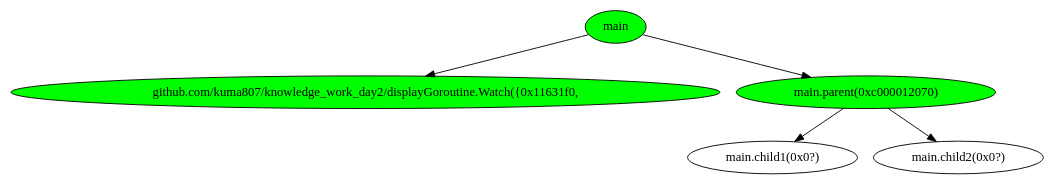
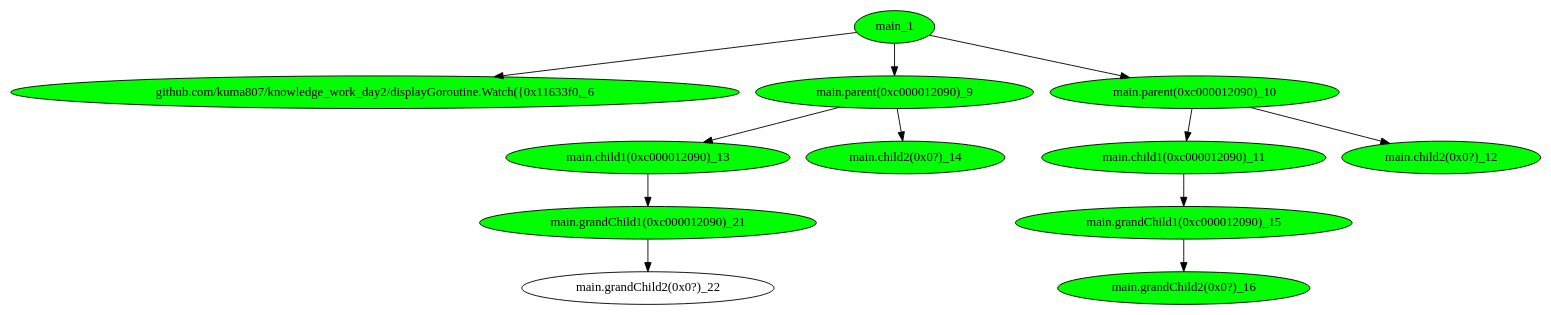
One commit to kuma807/knowledge_work_day2 changed the diagram in main_testGoroutine/tree_2.dot. Above: the diagram before and after it, drawn with Graphviz. The commit also changed 28 other files, not shown here.

```diff
--- a/main_testGoroutine/tree_2.dot
+++ b/main_testGoroutine/tree_2.dot
@@ -1,12 +1,26 @@
 digraph G {
-	"main"->"github.com/kuma807/knowledge_work_day2/displayGoroutine.Watch({0x11631f0,";
-	"main"->"main.parent(0xc000012070)";
-	"main.parent(0xc000012070)"->"main.child1(0x0?)";
-	"main.parent(0xc000012070)"->"main.child2(0x0?)";
-	"github.com/kuma807/knowledge_work_day2/displayGoroutine.Watch({0x11631f0," [ fillcolor="#00FF00", style="solid,filled" ];
-	"main" [ fillcolor="#00FF00", style="solid,filled" ];
-	"main.child1(0x0?)";
-	"main.child2(0x0?)";
-	"main.parent(0xc000012070)" [ fillcolor="#00FF00", style="solid,filled" ];
+	"main_1"->"github.com/kuma807/knowledge_work_day2/displayGoroutine.Watch({0x11633f0,_6";
+	"main_1"->"main.parent(0xc000012090)_9";
+	"main_1"->"main.parent(0xc000012090)_10";
+	"main.parent(0xc000012090)_10"->"main.child1(0xc000012090)_11";
+	"main.parent(0xc000012090)_10"->"main.child2(0x0?)_12";
+	"main.parent(0xc000012090)_9"->"main.child1(0xc000012090)_13";
+	"main.parent(0xc000012090)_9"->"main.child2(0x0?)_14";
+	"main.child1(0xc000012090)_11"->"main.grandChild1(0xc000012090)_15";
+	"main.grandChild1(0xc000012090)_15"->"main.grandChild2(0x0?)_16";
+	"main.child1(0xc000012090)_13"->"main.grandChild1(0xc000012090)_21";
+	"main.grandChild1(0xc000012090)_21"->"main.grandChild2(0x0?)_22";
+	"github.com/kuma807/knowledge_work_day2/displayGoroutine.Watch({0x11633f0,_6" [ fillcolor="#00FF00", style="solid,filled" ];
+	"main.child1(0xc000012090)_11" [ fillcolor="#00FF00", style="solid,filled" ];
+	"main.child1(0xc000012090)_13" [ fillcolor="#00FF00", style="solid,filled" ];
+	"main.child2(0x0?)_12" [ fillcolor="#00FF00", style="solid,filled" ];
+	"main.child2(0x0?)_14" [ fillcolor="#00FF00", style="solid,filled" ];
+	"main.grandChild1(0xc000012090)_15" [ fillcolor="#00FF00", style="solid,filled" ];
+	"main.grandChild1(0xc000012090)_21" [ fillcolor="#00FF00", style="solid,filled" ];
+	"main.grandChild2(0x0?)_16" [ fillcolor="#00FF00", style="solid,filled" ];
+	"main.grandChild2(0x0?)_22";
+	"main.parent(0xc000012090)_10" [ fillcolor="#00FF00", style="solid,filled" ];
+	"main.parent(0xc000012090)_9" [ fillcolor="#00FF00", style="solid,filled" ];
+	"main_1" [ fillcolor="#00FF00", style="solid,filled" ];
 
 }
```
